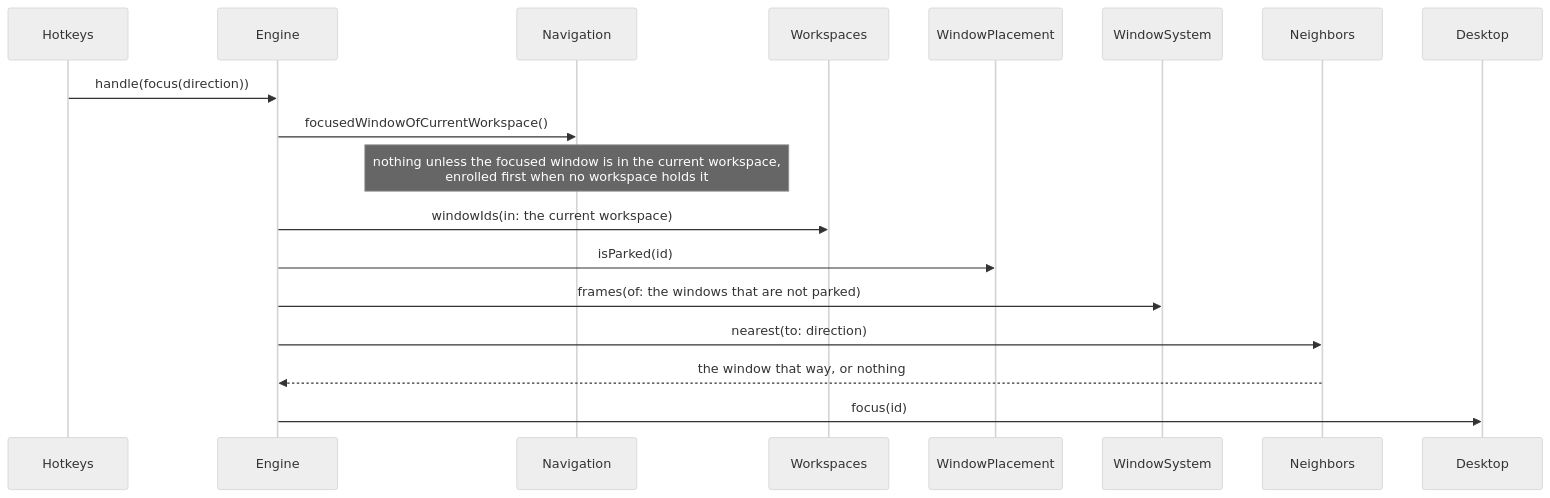
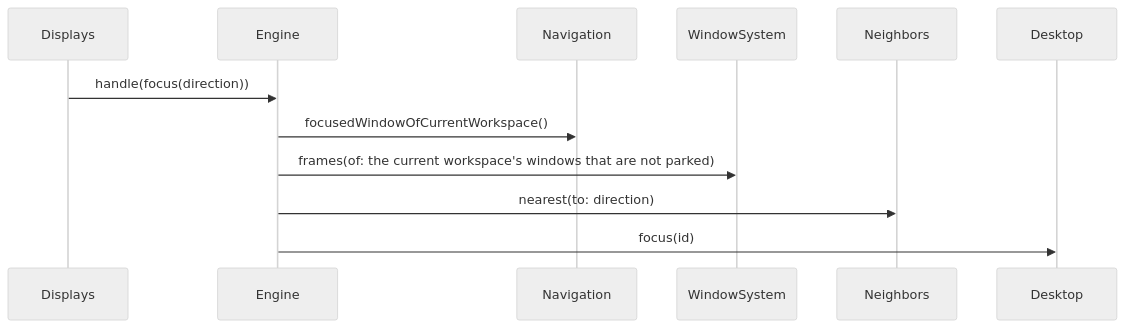
One commit to brennovich/ottowm changed diagram 13 of 25 in ARCHITECTURE.md. Above: the diagram before and after it, drawn with Mermaid (neutral theme). The commit also changed other lines of this file and 71 other files, not shown here.

````diff
--- a/ARCHITECTURE.md
+++ b/ARCHITECTURE.md
@@ -306,12 +338,8 @@
 ```mermaid
 sequenceDiagram
-    Hotkeys->>Engine: handle(focus(direction))
+    Displays->>Engine: handle(focus(direction))
     Engine->>Navigation: focusedWindowOfCurrentWorkspace()
-    Note over Navigation: nothing unless the focused window is in the current workspace,<br/>enrolled first when no workspace holds it
-    Engine->>Workspaces: windowIds(in: the current workspace)
-    Engine->>WindowPlacement: isParked(id)
-    Engine->>WindowSystem: frames(of: the windows that are not parked)
+    Engine->>WindowSystem: frames(of: the current workspace's windows that are not parked)
     Engine->>Neighbors: nearest(to: direction)
-    Neighbors-->>Engine: the window that way, or nothing
     Engine->>Desktop: focus(id)
 ```
````
